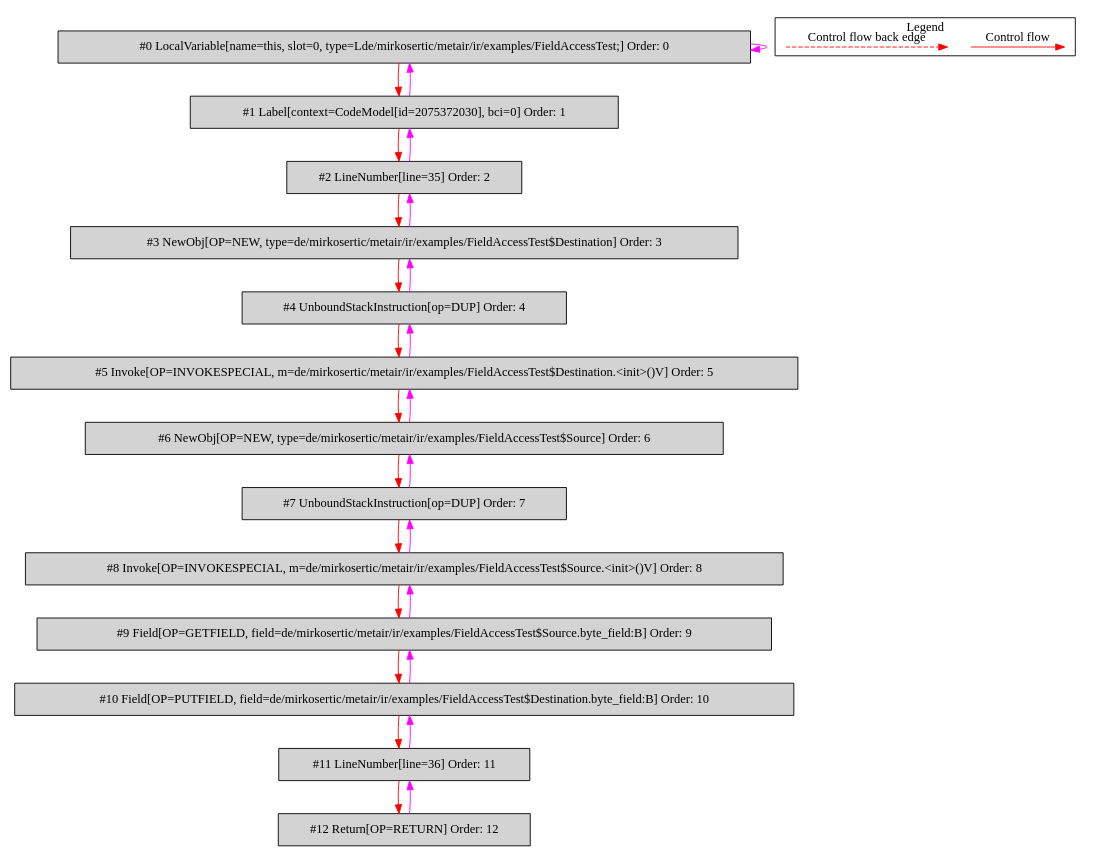
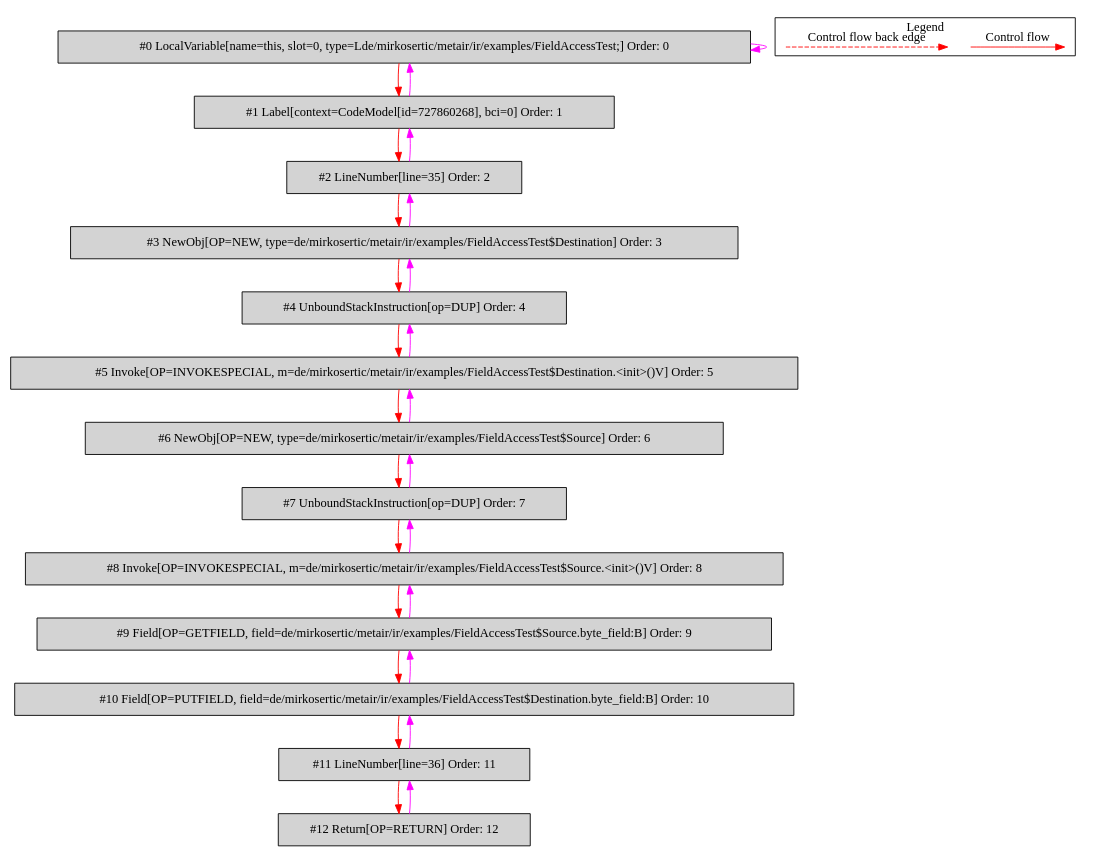
The diagram in de.mirkosertic.metair.ir.examples.FieldAccessTest/copy_byte/bytecodecfg.dot (mirkosertic/MetaIR), drawn with Graphviz before and after one commit. The commit also changed 1197 other files, not shown here.

```diff
--- a/de.mirkosertic.metair.ir.examples.FieldAccessTest/copy_byte/bytecodecfg.dot
+++ b/de.mirkosertic.metair.ir.examples.FieldAccessTest/copy_byte/bytecodecfg.dot
@@ -1,55 +1,55 @@
 digraph {
  ordering="in";
  node0[label="#0 LocalVariable[name=this, slot=0, type=Lde/mirkosertic/metair/ir/examples/FieldAccessTest;] Order: 0", shape=box, fillcolor=lightgrey, style=filled];
- node1[label="#1 Label[context=CodeModel[id=2075372030], bci=0] Order: 1", shape=box, fillcolor=lightgrey, style=filled];
+ node1[label="#1 Label[context=CodeModel[id=727860268], bci=0] Order: 1", shape=box, fillcolor=lightgrey, style=filled];
  node2[label="#2 LineNumber[line=35] Order: 2", shape=box, fillcolor=lightgrey, style=filled];
  node3[label="#3 NewObj[OP=NEW, type=de/mirkosertic/metair/ir/examples/FieldAccessTest$Destination] Order: 3", shape=box, fillcolor=lightgrey, style=filled];
  node4[label="#4 UnboundStackInstruction[op=DUP] Order: 4", shape=box, fillcolor=lightgrey, style=filled];
  node5[label="#5 Invoke[OP=INVOKESPECIAL, m=de/mirkosertic/metair/ir/examples/FieldAccessTest$Destination.<init>()V] Order: 5", shape=box, fillcolor=lightgrey, style=filled];
  node6[label="#6 NewObj[OP=NEW, type=de/mirkosertic/metair/ir/examples/FieldAccessTest$Source] Order: 6", shape=box, fillcolor=lightgrey, style=filled];
  node7[label="#7 UnboundStackInstruction[op=DUP] Order: 7", shape=box, fillcolor=lightgrey, style=filled];
  node8[label="#8 Invoke[OP=INVOKESPECIAL, m=de/mirkosertic/metair/ir/examples/FieldAccessTest$Source.<init>()V] Order: 8", shape=box, fillcolor=lightgrey, style=filled];
  node9[label="#9 Field[OP=GETFIELD, field=de/mirkosertic/metair/ir/examples/FieldAccessTest$Source.byte_field:B] Order: 9", shape=box, fillcolor=lightgrey, style=filled];
  node10[label="#10 Field[OP=PUTFIELD, field=de/mirkosertic/metair/ir/examples/FieldAccessTest$Destination.byte_field:B] Order: 10", shape=box, fillcolor=lightgrey, style=filled];
  node11[label="#11 LineNumber[line=36] Order: 11", shape=box, fillcolor=lightgrey, style=filled];
  node12[label="#12 Return[OP=RETURN] Order: 12", shape=box, fillcolor=lightgrey, style=filled];
  node0 -> node0[color=fuchsia];
  node0 -> node1[color=red];
  node1 -> node0[color=fuchsia];
  node1 -> node2[color=red];
  node2 -> node1[color=fuchsia];
  node2 -> node3[color=red];
  node3 -> node2[color=fuchsia];
  node3 -> node4[color=red];
  node4 -> node3[color=fuchsia];
  node4 -> node5[color=red];
  node5 -> node4[color=fuchsia];
  node5 -> node6[color=red];
  node6 -> node5[color=fuchsia];
  node6 -> node7[color=red];
  node7 -> node6[color=fuchsia];
  node7 -> node8[color=red];
  node8 -> node7[color=fuchsia];
  node8 -> node9[color=red];
  node9 -> node8[color=fuchsia];
  node9 -> node10[color=red];
  node10 -> node9[color=fuchsia];
  node10 -> node11[color=red];
  node11 -> node10[color=fuchsia];
  node11 -> node12[color=red];
  node12 -> node11[color=fuchsia];
  subgraph cluster_000 {
   label = "Legend";
   node [shape=point]
   {
    rank=same;
    c0 [style = invis];
    c1 [style = invis];
    c2 [style = invis];
    c3 [style = invis];
   }
   c0 -> c1 [label="Control flow", style=solid, color=red]
   c2 -> c3 [label="Control flow back edge", style=dashed, color=red]
  }
 
 }
```
